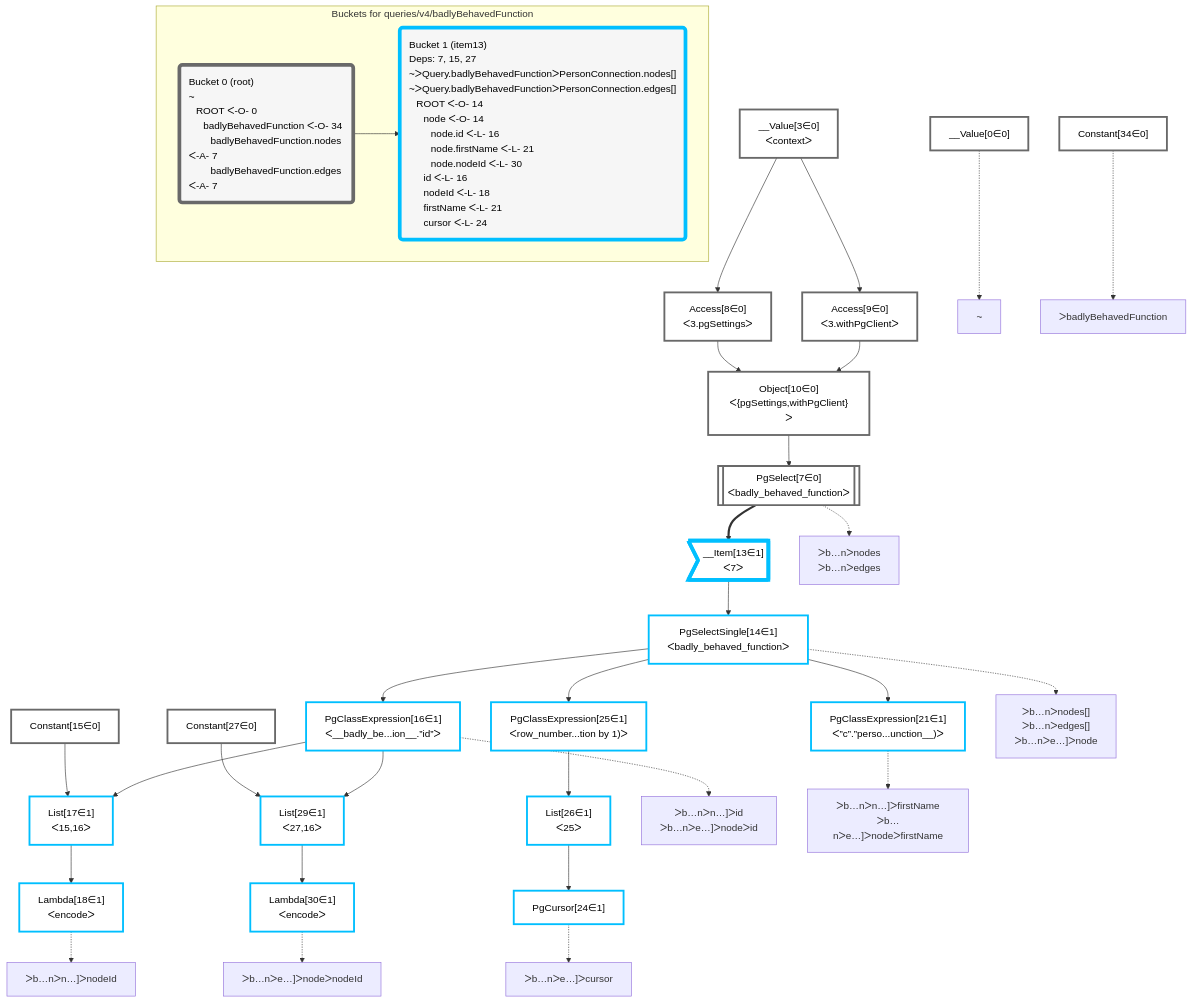
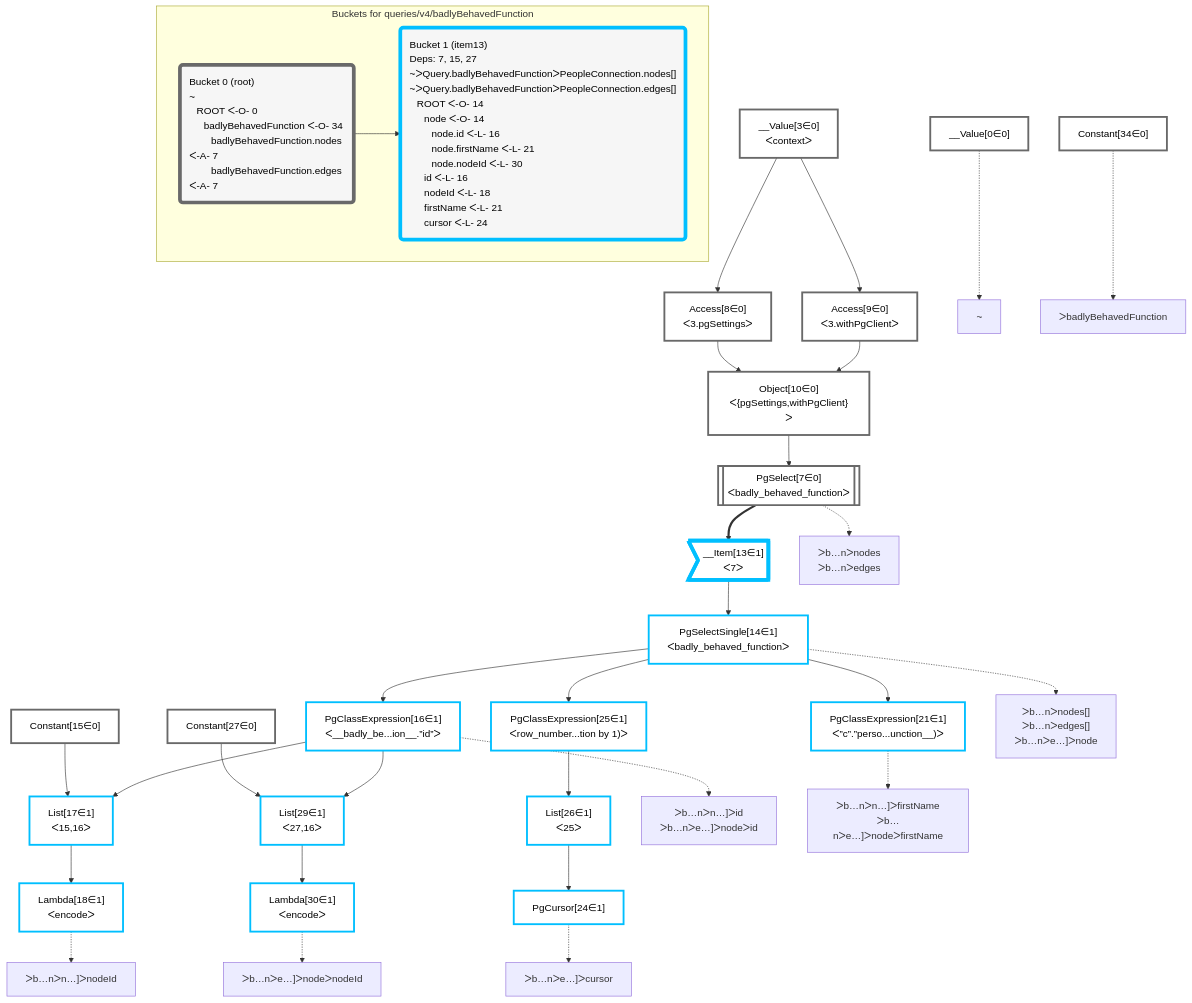
Before and after one commit to graphile/crystal: the diagram in packages/postgraphile/__tests__/queries/v4/badlyBehavedFunction.mermaid, drawn with Mermaid. The commit also changed 2 other files, not shown here.

Commit message:
Update snapshots for new connection names

```diff
--- a/packages/postgraphile/__tests__/queries/v4/badlyBehavedFunction.mermaid
+++ b/packages/postgraphile/__tests__/queries/v4/badlyBehavedFunction.mermaid
@@ -1,76 +1,76 @@
 graph TD
     classDef path fill:#eee,stroke:#000,color:#000
     classDef plan fill:#fff,stroke-width:3px,color:#000
     classDef itemplan fill:#fff,stroke-width:6px,color:#000
     classDef sideeffectplan fill:#f00,stroke-width:6px,color:#000
     classDef bucket fill:#f6f6f6,color:#000,stroke-width:6px,text-align:left
 
 
     %% define plans
     __Value0["__Value[0∈0]"]:::plan
     __Value3["__Value[3∈0]<br />ᐸcontextᐳ"]:::plan
     Access8["Access[8∈0]<br />ᐸ3.pgSettingsᐳ"]:::plan
     Access9["Access[9∈0]<br />ᐸ3.withPgClientᐳ"]:::plan
     Object10["Object[10∈0]<br />ᐸ{pgSettings,withPgClient}ᐳ"]:::plan
     PgSelect7[["PgSelect[7∈0]<br />ᐸbadly_behaved_functionᐳ"]]:::plan
     Constant34["Constant[34∈0]"]:::plan
     __Item13>"__Item[13∈1]<br />ᐸ7ᐳ"]:::itemplan
     PgSelectSingle14["PgSelectSingle[14∈1]<br />ᐸbadly_behaved_functionᐳ"]:::plan
     Constant15["Constant[15∈0]"]:::plan
     PgClassExpression16["PgClassExpression[16∈1]<br />ᐸ__badly_be...ion__.”id”ᐳ"]:::plan
     List17["List[17∈1]<br />ᐸ15,16ᐳ"]:::plan
     Lambda18["Lambda[18∈1]<br />ᐸencodeᐳ"]:::plan
     PgClassExpression21["PgClassExpression[21∈1]<br />ᐸ”c”.”perso...unction__)ᐳ"]:::plan
     PgClassExpression25["PgClassExpression[25∈1]<br />ᐸrow_number...tion by 1)ᐳ"]:::plan
     List26["List[26∈1]<br />ᐸ25ᐳ"]:::plan
     PgCursor24["PgCursor[24∈1]"]:::plan
     Constant27["Constant[27∈0]"]:::plan
     List29["List[29∈1]<br />ᐸ27,16ᐳ"]:::plan
     Lambda30["Lambda[30∈1]<br />ᐸencodeᐳ"]:::plan
 
     %% plan dependencies
     __Value3 --> Access8
     __Value3 --> Access9
     Access8 & Access9 --> Object10
     Object10 --> PgSelect7
     PgSelect7 ==> __Item13
     __Item13 --> PgSelectSingle14
     PgSelectSingle14 --> PgClassExpression16
     Constant15 & PgClassExpression16 --> List17
     List17 --> Lambda18
     PgSelectSingle14 --> PgClassExpression21
     PgSelectSingle14 --> PgClassExpression25
     PgClassExpression25 --> List26
     List26 --> PgCursor24
     Constant27 & PgClassExpression16 --> List29
     List29 --> Lambda30
 
     %% plan-to-path relationships
     P0["~"]
     __Value0 -.-> P0
     P7["ᐳb…nᐳnodes<br />ᐳb…nᐳedges"]
     PgSelect7 -.-> P7
     P14["ᐳb…nᐳnodes[]<br />ᐳb…nᐳedges[]<br />ᐳb…nᐳe…]ᐳnode"]
     PgSelectSingle14 -.-> P14
     P16["ᐳb…nᐳn…]ᐳid<br />ᐳb…nᐳe…]ᐳnodeᐳid"]
     PgClassExpression16 -.-> P16
     P18["ᐳb…nᐳn…]ᐳnodeId"]
     Lambda18 -.-> P18
     P21["ᐳb…nᐳn…]ᐳfirstName<br />ᐳb…nᐳe…]ᐳnodeᐳfirstName"]
     PgClassExpression21 -.-> P21
     P24["ᐳb…nᐳe…]ᐳcursor"]
     PgCursor24 -.-> P24
     P30["ᐳb…nᐳe…]ᐳnodeᐳnodeId"]
     Lambda30 -.-> P30
     P34["ᐳbadlyBehavedFunction"]
     Constant34 -.-> P34
 
     subgraph "Buckets for queries/v4/badlyBehavedFunction"
     Bucket0("Bucket 0 (root)<br />~<br />⠀ROOT ᐸ-O- 0<br />⠀⠀badlyBehavedFunction ᐸ-O- 34<br />⠀⠀⠀badlyBehavedFunction.nodes ᐸ-A- 7<br />⠀⠀⠀badlyBehavedFunction.edges ᐸ-A- 7"):::bucket
     classDef bucket0 stroke:#696969
     class Bucket0,__Value0,__Value3,PgSelect7,Access8,Access9,Object10,Constant15,Constant27,Constant34 bucket0
-    Bucket1("Bucket 1 (item13)<br />Deps: 7, 15, 27<br />~ᐳQuery.badlyBehavedFunctionᐳPersonConnection.nodes[]<br />~ᐳQuery.badlyBehavedFunctionᐳPersonConnection.edges[]<br />⠀ROOT ᐸ-O- 14<br />⠀⠀node ᐸ-O- 14<br />⠀⠀⠀node.id ᐸ-L- 16<br />⠀⠀⠀node.firstName ᐸ-L- 21<br />⠀⠀⠀node.nodeId ᐸ-L- 30<br />⠀⠀id ᐸ-L- 16<br />⠀⠀nodeId ᐸ-L- 18<br />⠀⠀firstName ᐸ-L- 21<br />⠀⠀cursor ᐸ-L- 24"):::bucket
+    Bucket1("Bucket 1 (item13)<br />Deps: 7, 15, 27<br />~ᐳQuery.badlyBehavedFunctionᐳPeopleConnection.nodes[]<br />~ᐳQuery.badlyBehavedFunctionᐳPeopleConnection.edges[]<br />⠀ROOT ᐸ-O- 14<br />⠀⠀node ᐸ-O- 14<br />⠀⠀⠀node.id ᐸ-L- 16<br />⠀⠀⠀node.firstName ᐸ-L- 21<br />⠀⠀⠀node.nodeId ᐸ-L- 30<br />⠀⠀id ᐸ-L- 16<br />⠀⠀nodeId ᐸ-L- 18<br />⠀⠀firstName ᐸ-L- 21<br />⠀⠀cursor ᐸ-L- 24"):::bucket
     classDef bucket1 stroke:#00bfff
     class Bucket1,__Item13,PgSelectSingle14,PgClassExpression16,List17,Lambda18,PgClassExpression21,PgCursor24,PgClassExpression25,List26,List29,Lambda30 bucket1
     Bucket0 --> Bucket1
     end
```
